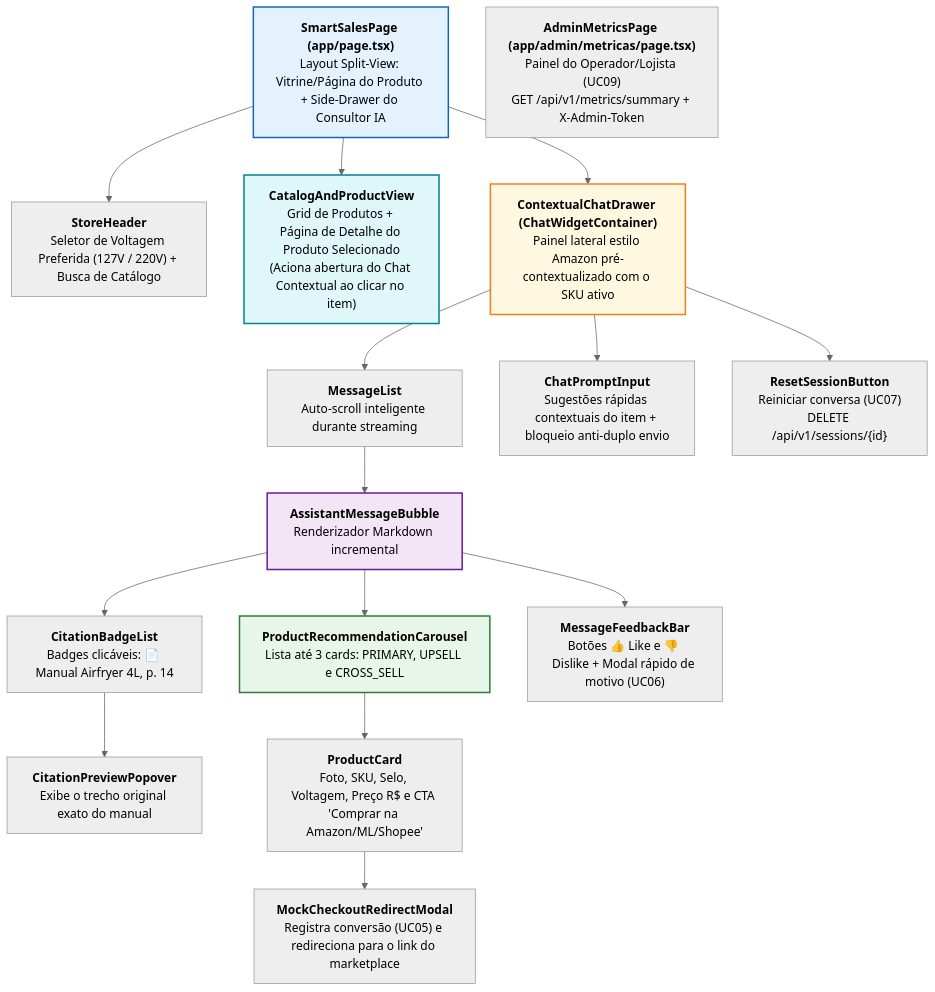
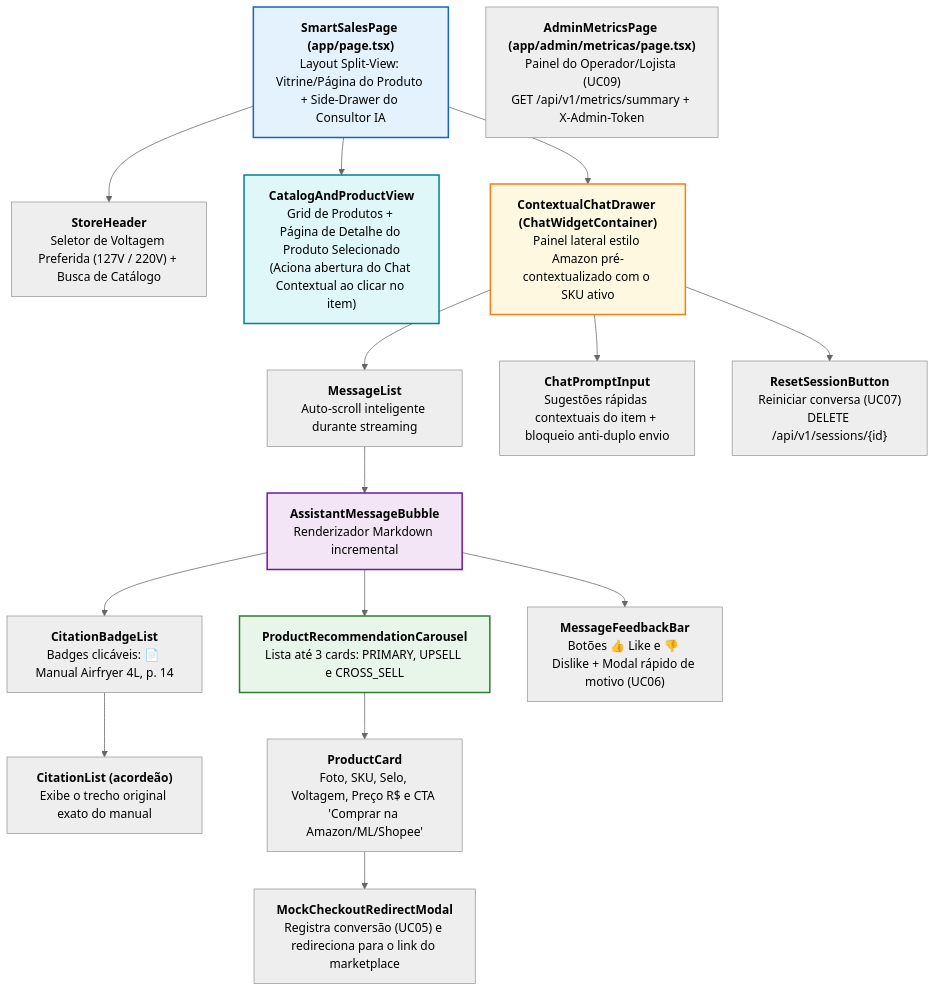
One commit to rodrigololr/smartsales_rag changed the diagram in specs/components/03_frontend_chat_and_cards_spec.md. Above: the diagram before and after it, drawn with Mermaid (neutral theme). The commit also changed other lines of this file and 9 other files, not shown here.

````diff
--- a/specs/components/03_frontend_chat_and_cards_spec.md
+++ b/specs/components/03_frontend_chat_and_cards_spec.md
@@ -13,29 +13,29 @@
 ```mermaid
 flowchart TD
     PAGE["<b>SmartSalesPage (app/page.tsx)</b><br/>Layout Split-View: Vitrine/Página do Produto + Side-Drawer do Consultor IA"]
 
     PAGE --> HEADER["<b>StoreHeader</b><br/>Seletor de Voltagem Preferida (127V / 220V) + Busca de Catálogo"]
     PAGE --> SHOWCASE["<b>CatalogAndProductView</b><br/>Grid de Produtos + Página de Detalhe do Produto Selecionado<br/>(Aciona abertura do Chat Contextual ao clicar no item)"]
     PAGE --> CHAT["<b>ContextualChatDrawer (ChatWidgetContainer)</b><br/>Painel lateral estilo Amazon pré-contextualizado com o SKU ativo"]
 
     CHAT --> MSGLIST["<b>MessageList</b><br/>Auto-scroll inteligente durante streaming"]
     CHAT --> INPUT["<b>ChatPromptInput</b><br/>Sugestões rápidas contextuais do item + bloqueio anti-duplo envio"]
     CHAT --> RESET["<b>ResetSessionButton</b><br/>Reiniciar conversa (UC07)<br/>DELETE /api/v1/sessions/{id}"]
     ADMIN["<b>AdminMetricsPage (app/admin/metricas/page.tsx)</b><br/>Painel do Operador/Lojista (UC09)<br/>GET /api/v1/metrics/summary + X-Admin-Token"]
 
     MSGLIST --> BUBBLE["<b>AssistantMessageBubble</b><br/>Renderizador Markdown incremental"]
     BUBBLE --> CIT["<b>CitationBadgeList</b><br/>Badges clicáveis: 📄 Manual Airfryer 4L, p. 14"]
-    CIT --> MODAL_CIT["<b>CitationPreviewPopover</b><br/>Exibe o trecho original exato do manual"]
+    CIT --> MODAL_CIT["<b>CitationList (acordeão)</b><br/>Exibe o trecho original exato do manual"]
 
     BUBBLE --> CARDS["<b>ProductRecommendationCarousel</b><br/>Lista até 3 cards: PRIMARY, UPSELL e CROSS_SELL"]
     CARDS --> CARD["<b>ProductCard</b><br/>Foto, SKU, Selo, Voltagem, Preço R$ e CTA 'Comprar na Amazon/ML/Shopee'"]
     CARD --> MODAL_CHK["<b>MockCheckoutRedirectModal</b><br/>Registra conversão (UC05) e redireciona para o link do marketplace"]
 
     BUBBLE --> FB["<b>MessageFeedbackBar</b><br/>Botões 👍 Like e 👎 Dislike + Modal rápido de motivo (UC06)"]
 
     style PAGE fill:#e3f2fd,stroke:#1565c0,stroke-width:2px
     style SHOWCASE fill:#e0f7fa,stroke:#00838f,stroke-width:2px
     style CHAT fill:#fff8e1,stroke:#f57f17,stroke-width:2px
     style BUBBLE fill:#f3e5f5,stroke:#6a1b9a,stroke-width:2px
     style CARDS fill:#e8f5e9,stroke:#2e7d32,stroke-width:2px
 ```
````
